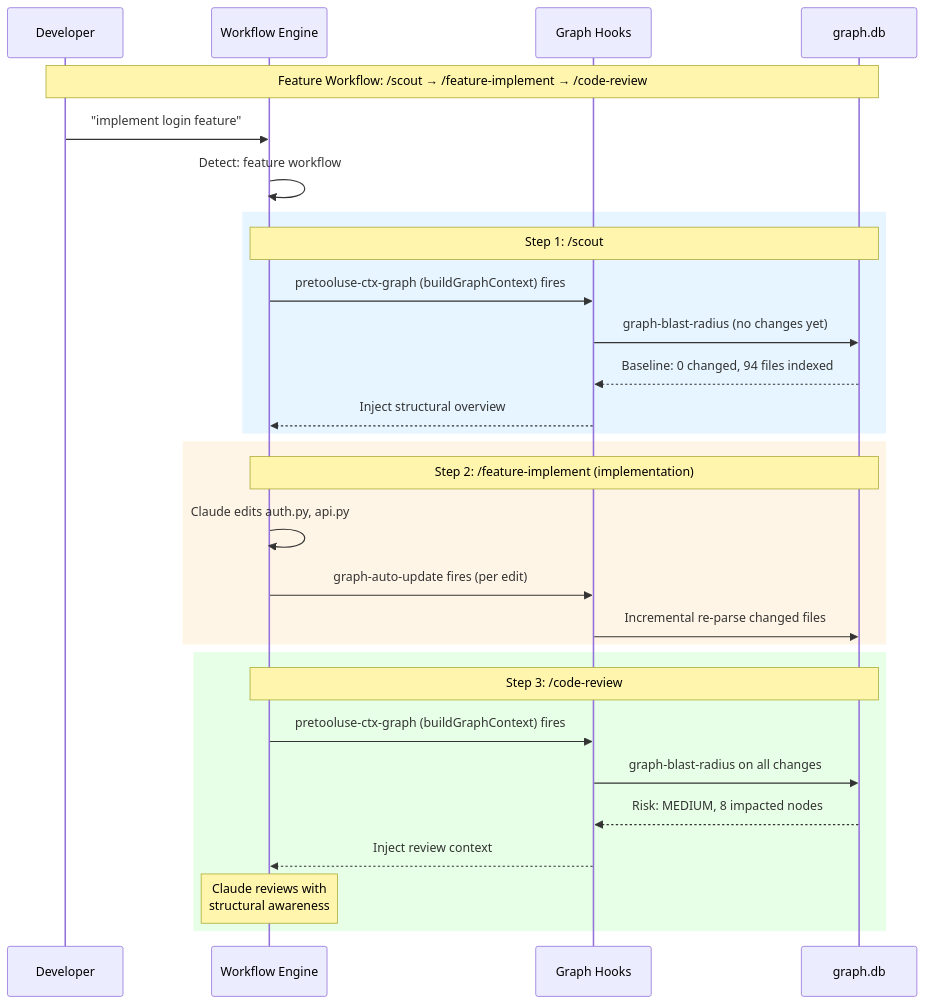
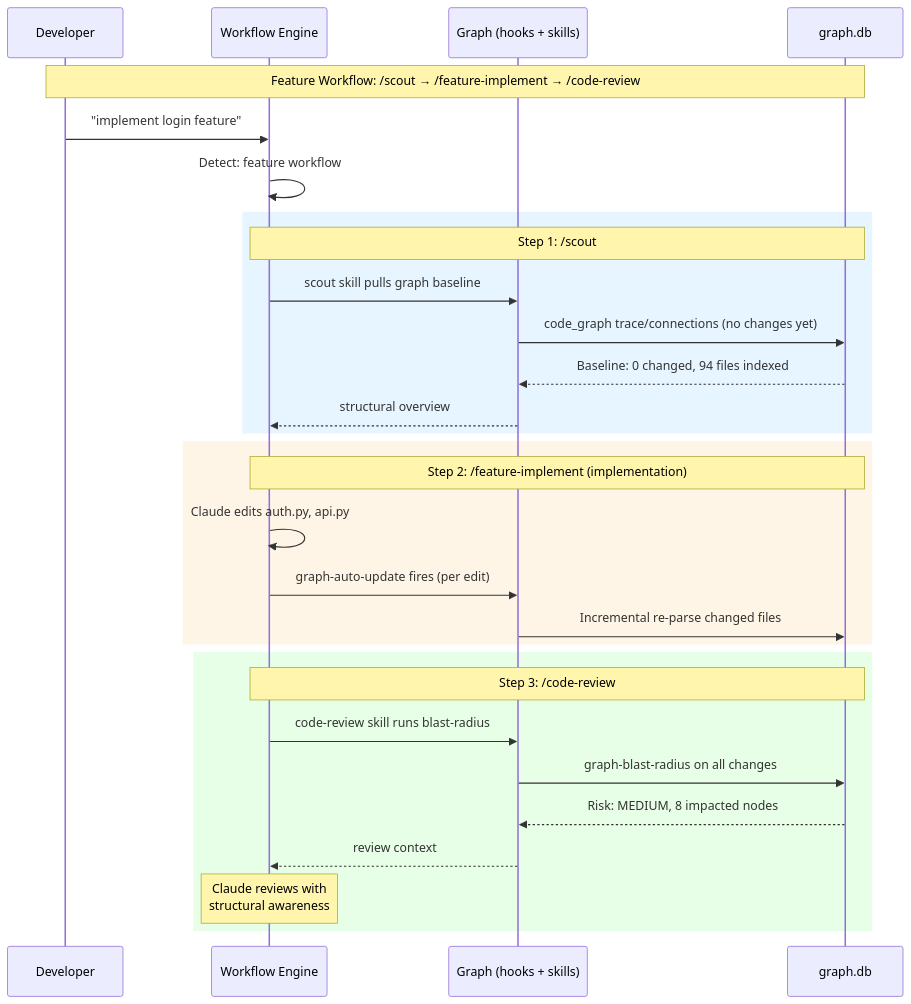
The sixth of 8 diagrams in .claude/docs/code-graph-mechanism.md (duc01226/easy-claude), drawn with Mermaid before and after one commit. The commit also changed other lines of this file and 43 other files, not shown here.

````diff
--- a/.claude/docs/code-graph-mechanism.md
+++ b/.claude/docs/code-graph-mechanism.md
@@ -541,36 +545,36 @@
 ```mermaid
 sequenceDiagram
     participant Dev as Developer
     participant WF as Workflow Engine
-    participant Hook as Graph Hooks
+    participant Hook as Graph (hooks + skills)
     participant Graph as graph.db
 
     Note over Dev,Graph: Feature Workflow: /scout → /feature-implement → /code-review
 
     Dev->>WF: "implement login feature"
     WF->>WF: Detect: feature workflow
 
     rect rgb(230, 245, 255)
         Note over WF,Graph: Step 1: /scout
-        WF->>Hook: pretooluse-ctx-graph (buildGraphContext) fires
-        Hook->>Graph: graph-blast-radius (no changes yet)
+        WF->>Hook: scout skill pulls graph baseline
+        Hook->>Graph: code_graph trace/connections (no changes yet)
         Graph-->>Hook: Baseline: 0 changed, 94 files indexed
-        Hook-->>WF: Inject structural overview
+        Hook-->>WF: structural overview
     end
 
     rect rgb(255, 245, 230)
         Note over WF,Graph: Step 2: /feature-implement (implementation)
         WF->>WF: Claude edits auth.py, api.py
         WF->>Hook: graph-auto-update fires (per edit)
         Hook->>Graph: Incremental re-parse changed files
     end
 
     rect rgb(230, 255, 230)
         Note over WF,Graph: Step 3: /code-review
-        WF->>Hook: pretooluse-ctx-graph (buildGraphContext) fires
+        WF->>Hook: code-review skill runs blast-radius
         Hook->>Graph: graph-blast-radius on all changes
         Graph-->>Hook: Risk: MEDIUM, 8 impacted nodes
-        Hook-->>WF: Inject review context
+        Hook-->>WF: review context
         Note over WF: Claude reviews with<br/>structural awareness
     end
 ```
````
